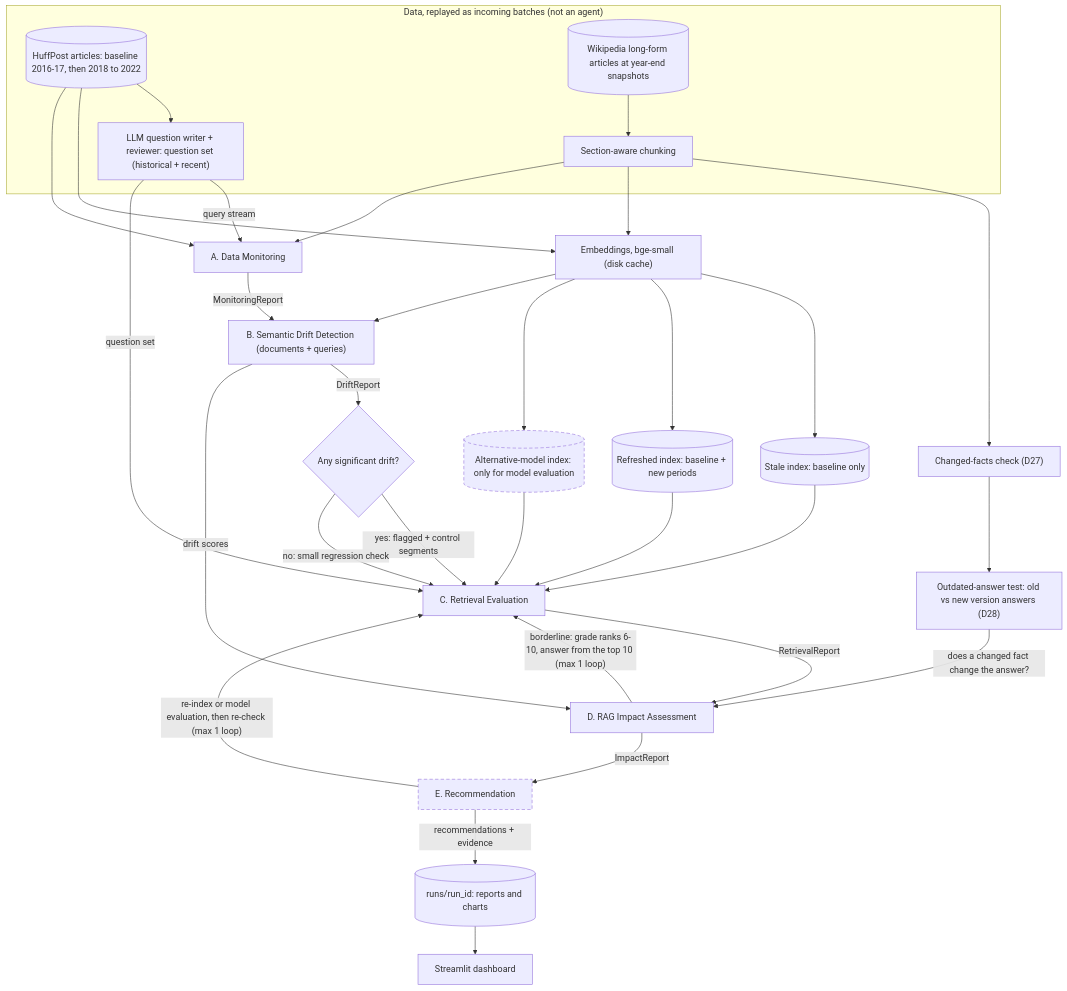
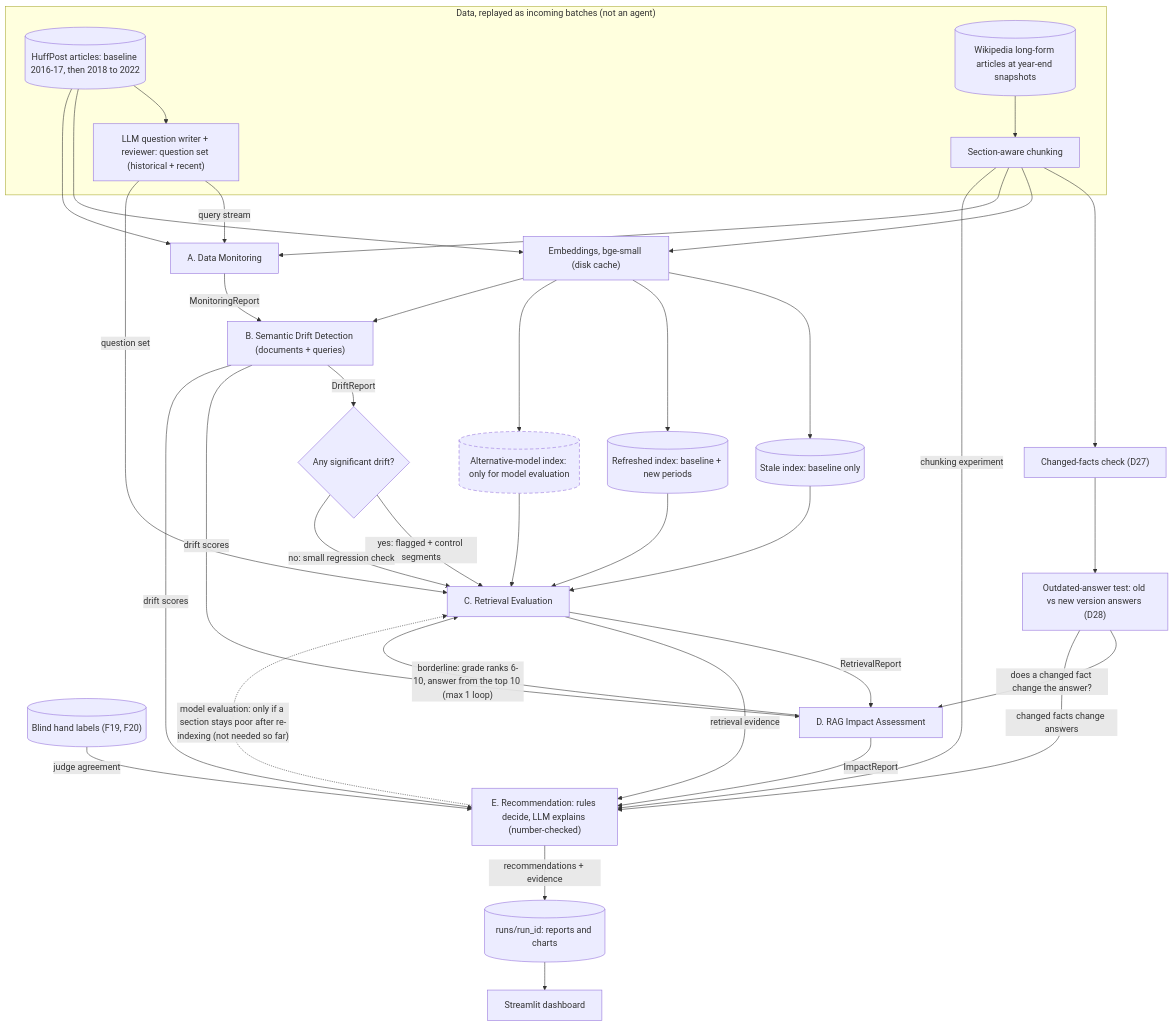
One commit to rahulleoak/rag-drift-monitor changed the diagram in docs/architecture.md. Above: the diagram before and after it, drawn with Mermaid. The commit also changed other lines of this file and 17 other files, not shown here.

Commit message:
Agent E: one rule per action in the brief, evidence attached, LLM explanations number-checked (D29, F22)

````diff
--- a/docs/architecture.md
+++ b/docs/architecture.md
@@ -52,41 +53,47 @@
 ```mermaid
 flowchart TD
     subgraph DATA["Data, replayed as incoming batches (not an agent)"]
         HP[("HuffPost articles: baseline 2016-17, then 2018 to 2022")]
         WK[("Wikipedia long-form articles at year-end snapshots")]
         WK --> CH["Section-aware chunking"]
         HP --> QGEN["LLM question writer + reviewer: question set (historical + recent)"]
     end
     CH --> FACTS["Changed-facts check (D27)"]
     FACTS --> OAT["Outdated-answer test: old vs new version answers (D28)"]
+    LABELS[("Blind hand labels (F19, F20)")]
 
     HP --> EMB["Embeddings, bge-small (disk cache)"]
     CH --> EMB
     EMB --> STALE[("Stale index: baseline only")]
     EMB --> FRESH[("Refreshed index: baseline + new periods")]
     EMB --> ALT[("Alternative-model index: only for model evaluation")]
 
     HP --> A["A. Data Monitoring"]
     CH --> A
     QGEN -->|"query stream"| A
     A -->|"MonitoringReport"| B["B. Semantic Drift Detection (documents + queries)"]
     EMB --> B
     B -->|"DriftReport"| G1{"Any significant drift?"}
     G1 -->|"yes: flagged + control segments"| C["C. Retrieval Evaluation"]
     G1 -->|"no: small regression check"| C
     QGEN -->|"question set"| C
     STALE --> C
     FRESH --> C
     ALT --> C
     C -->|"RetrievalReport"| D["D. RAG Impact Assessment"]
     B -->|"drift scores"| D
     OAT -->|"does a changed fact change the answer?"| D
     D -->|"borderline: grade ranks 6-10, answer from the top 10 (max 1 loop)"| C
-    D -->|"ImpactReport"| E["E. Recommendation"]
-    E -->|"re-index or model evaluation, then re-check (max 1 loop)"| C
+    D -->|"ImpactReport"| E["E. Recommendation: rules decide, LLM explains (number-checked)"]
+    B -->|"drift scores"| E
+    C -->|"retrieval evidence"| E
+    OAT -->|"changed facts change answers"| E
+    CH -->|"chunking experiment"| E
+    LABELS -->|"judge agreement"| E
+    E -.->|"model evaluation: only if a section stays poor after re-indexing (not needed so far)"| C
     E -->|"recommendations + evidence"| OUT[("runs/run_id: reports and charts")]
     OUT --> UI["Streamlit dashboard"]
 
     classDef planned stroke-dasharray: 6 4
-    class ALT,E planned
+    class ALT planned
 ```
````
